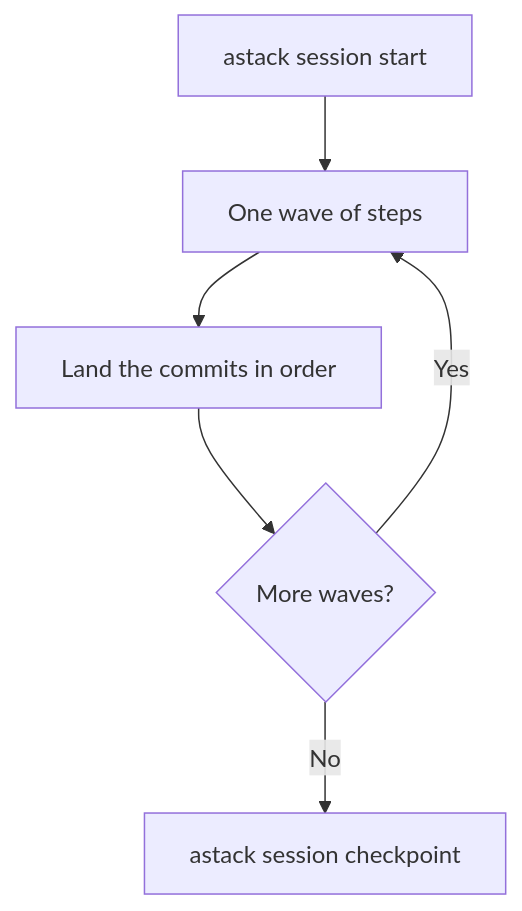
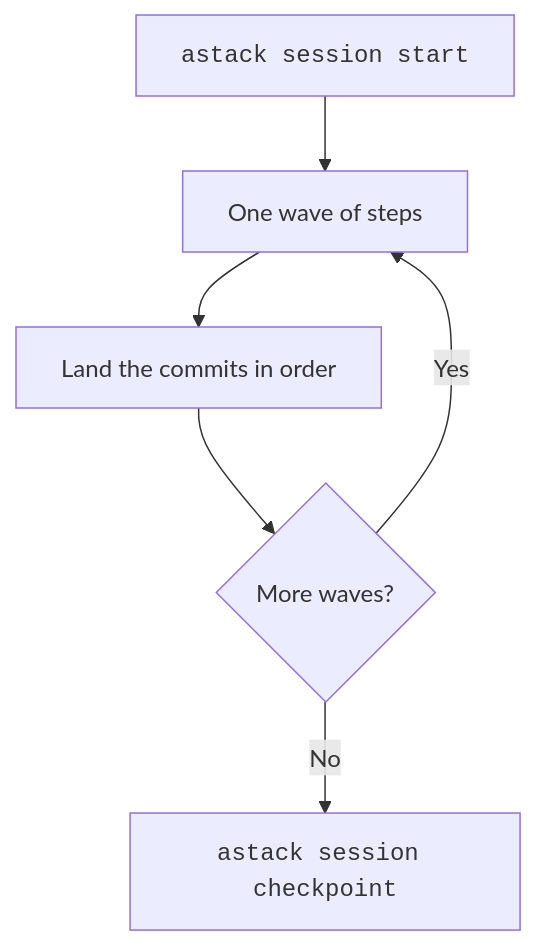
One commit to vahaah/astack changed the diagram in docs/charts/session-waves.mmd. Above: the diagram before and after it, drawn with Mermaid. The commit also changed 8 other files, not shown here.

Commit message:
docs: sync chart sources with README, add chart drift check, restore companion docs and rules

```diff
--- a/docs/charts/session-waves.mmd
+++ b/docs/charts/session-waves.mmd
@@ -1,6 +1,8 @@
 flowchart TB
   startNode["astack session start"] --> wave[One wave of steps]
   wave --> land[Land the commits in order]
   land --> more{More waves?}
   more -->|Yes| wave
   more -->|No| point["astack session checkpoint"]
+  classDef cmd font-family:monospace
+  class startNode,point cmd
```
